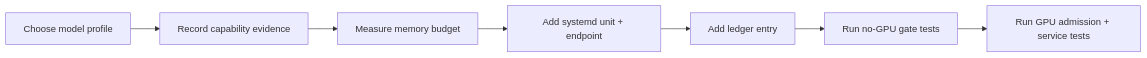
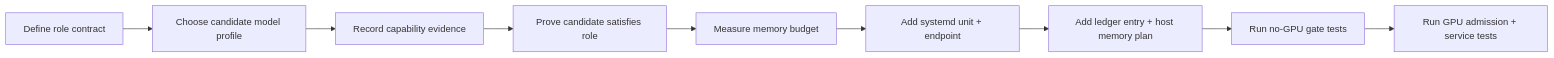
One commit to robbiemu/dgx-spark-inference changed the fifth of 5 diagrams in README.md. Above: the diagram before and after it, drawn with Mermaid. The commit also changed other lines of this file, not shown here.

First line of the commit message:
Revise role addition instructions in README

````diff
--- a/README.md
+++ b/README.md
@@ -232,9 +232,11 @@
 ```mermaid
 flowchart LR
-    P[Choose model profile] --> C[Record capability evidence]
-    C --> B[Measure memory budget]
+    R[Define role contract] --> P[Choose candidate model profile]
+    P --> E[Record capability evidence]
+    E --> V[Prove candidate satisfies role]
+    V --> B[Measure memory budget]
     B --> U[Add systemd unit + endpoint]
-    U --> L[Add ledger entry]
+    U --> L[Add ledger entry + host memory plan]
     L --> T[Run no-GPU gate tests]
     T --> G[Run GPU admission + service tests]
 ```
````
